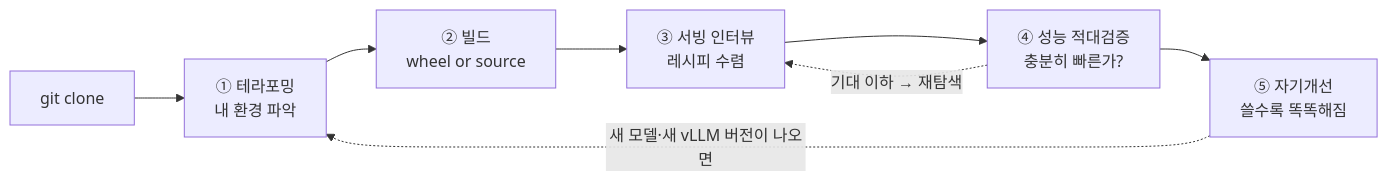
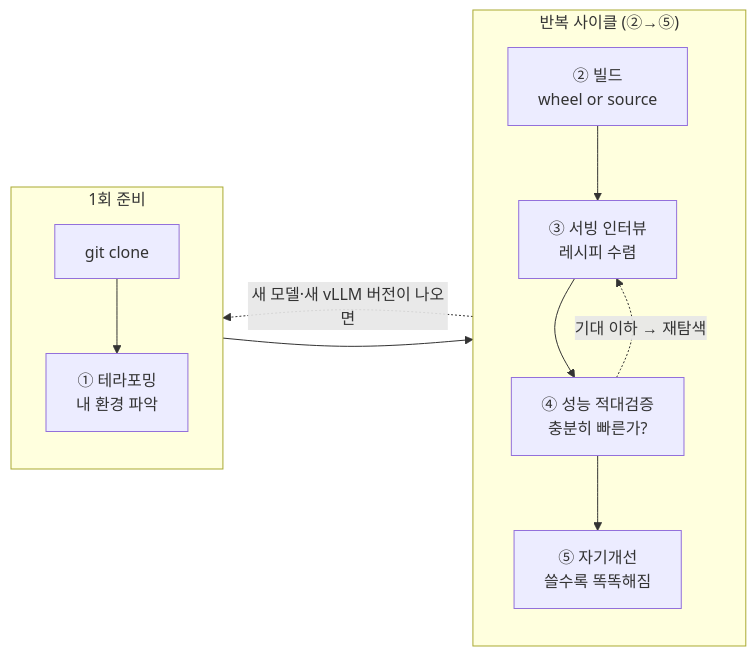
One commit to tbvjvsladla/easy_vllm_simulator changed the first of 6 diagrams in README.md. Above: the diagram before and after it, drawn with Mermaid. The commit also changed other lines of this file, not shown here.

First line of the commit message:
docs(README): multi-node에서 동기화 — ASCII→mermaid 5종 + RDMA 점검 체크리스트

````diff
--- a/README.md
+++ b/README.md
@@ -60,10 +60,16 @@
 ```mermaid
-flowchart LR
-    A["git clone"] --> B["① 테라포밍<br/>내 환경 파악"]
-    B --> C["② 빌드<br/>wheel or source"]
-    C --> D["③ 서빙 인터뷰<br/>레시피 수렴"]
-    D --> P["④ 성능 적대검증<br/>충분히 빠른가?"]
-    P -.->|"기대 이하 → 재탐색"| D
-    P --> E["⑤ 자기개선<br/>쓸수록 똑똑해짐"]
-    E -.->|"새 모델·새 vLLM 버전이 나오면"| B
+flowchart RL
+    subgraph SETUP ["1회 준비"]
+        direction TB
+        A["git clone"] --> B["① 테라포밍<br/>내 환경 파악"]
+    end
+    subgraph LOOP ["반복 사이클 (②→⑤)"]
+        direction TB
+        C["② 빌드<br/>wheel or source"] --> D["③ 서빙 인터뷰<br/>레시피 수렴"]
+        D --> P["④ 성능 적대검증<br/>충분히 빠른가?"]
+        P -.->|"기대 이하 → 재탐색"| D
+        P --> E["⑤ 자기개선<br/>쓸수록 똑똑해짐"]
+    end
+    SETUP --> LOOP
+    LOOP -.->|"새 모델·새 vLLM 버전이 나오면"| SETUP
 ```
````
